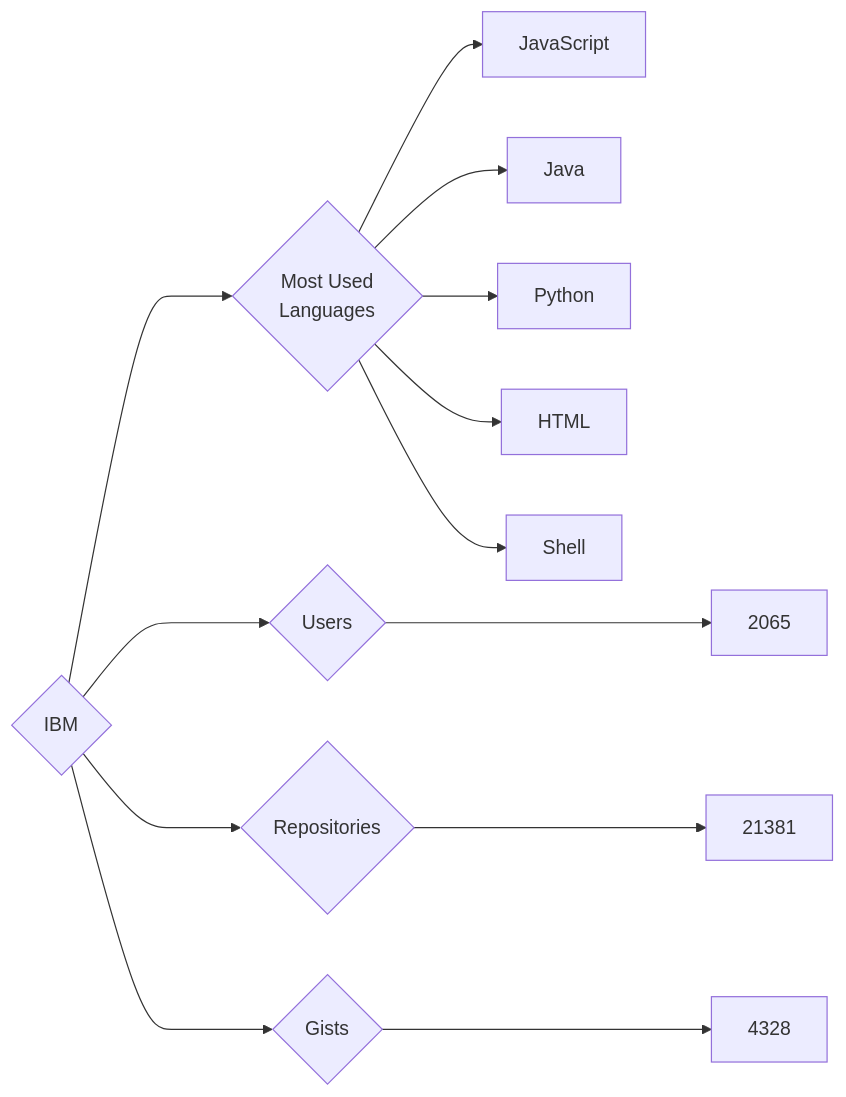
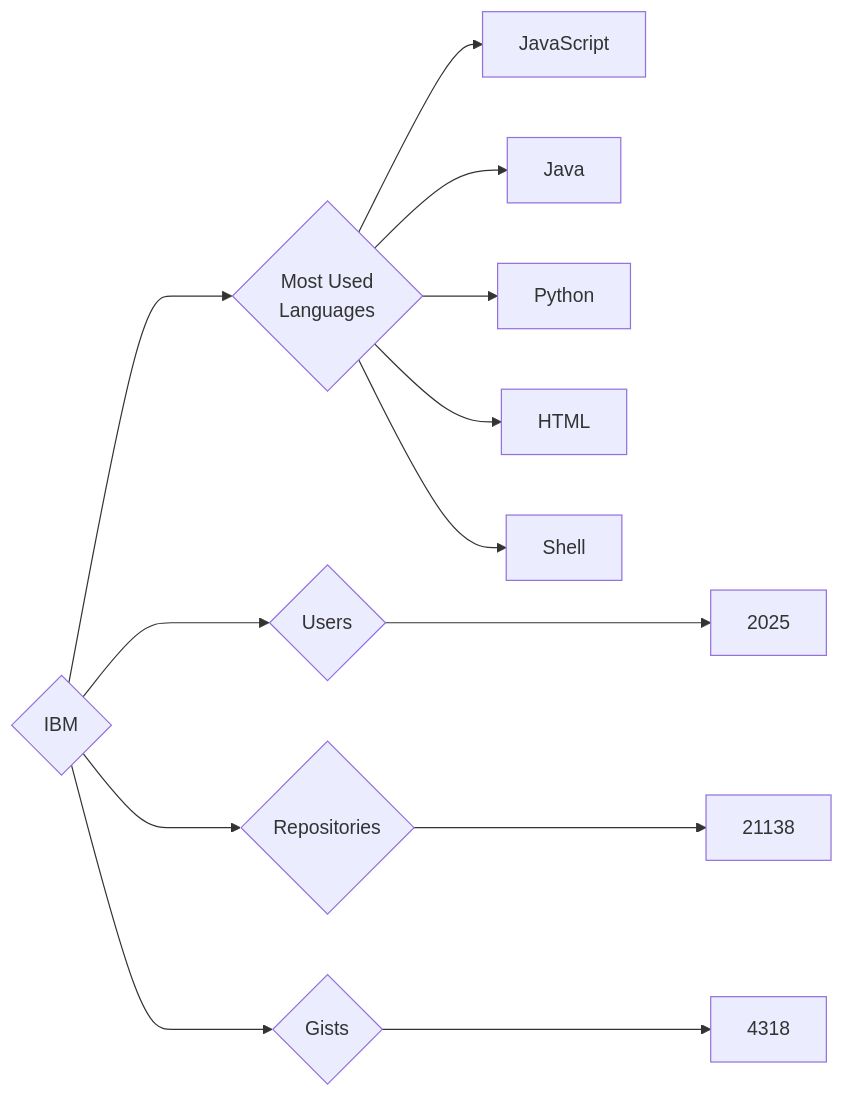
One commit to trickest/insiders changed the diagram in targets/IBM/README.md. Above: the diagram before and after it, drawn with Mermaid. The commit also changed 750 other files, not shown here.

````diff
--- a/targets/IBM/README.md
+++ b/targets/IBM/README.md
@@ -3,13 +3,13 @@
 ```mermaid
 graph LR
 COMPANY_NAME{IBM}
-COMPANY_NAME ---> U{Users} ---> UN[2065]
-COMPANY_NAME ---> R{Repositories} ---> RN[21381]
-COMPANY_NAME ---> G{Gists} ---> GN[4328]
+COMPANY_NAME ---> U{Users} ---> UN[2025]
+COMPANY_NAME ---> R{Repositories} ---> RN[21138]
+COMPANY_NAME ---> G{Gists} ---> GN[4318]
 COMPANY_NAME ---> ML{Most Used<br>Languages}
 ML --> JavaScript[JavaScript]
 ML --> Java[Java]
 ML --> Python[Python]
 ML --> HTML[HTML]
 ML --> Shell[Shell]
 ```
````
